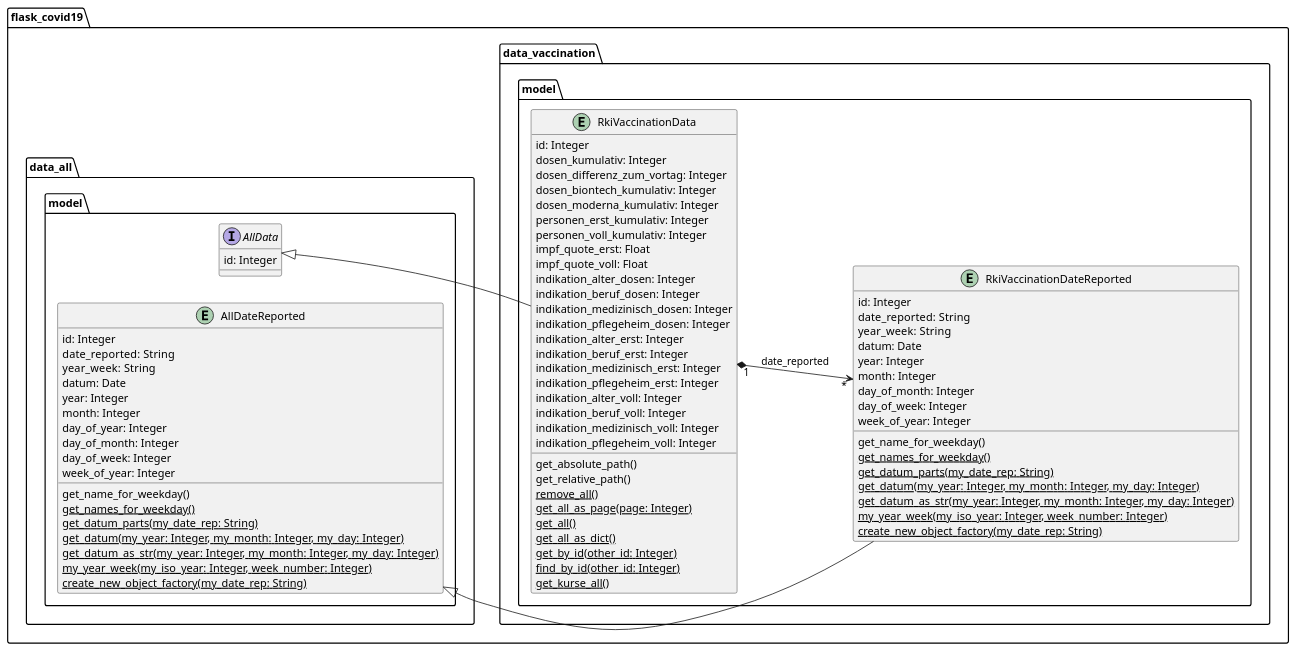
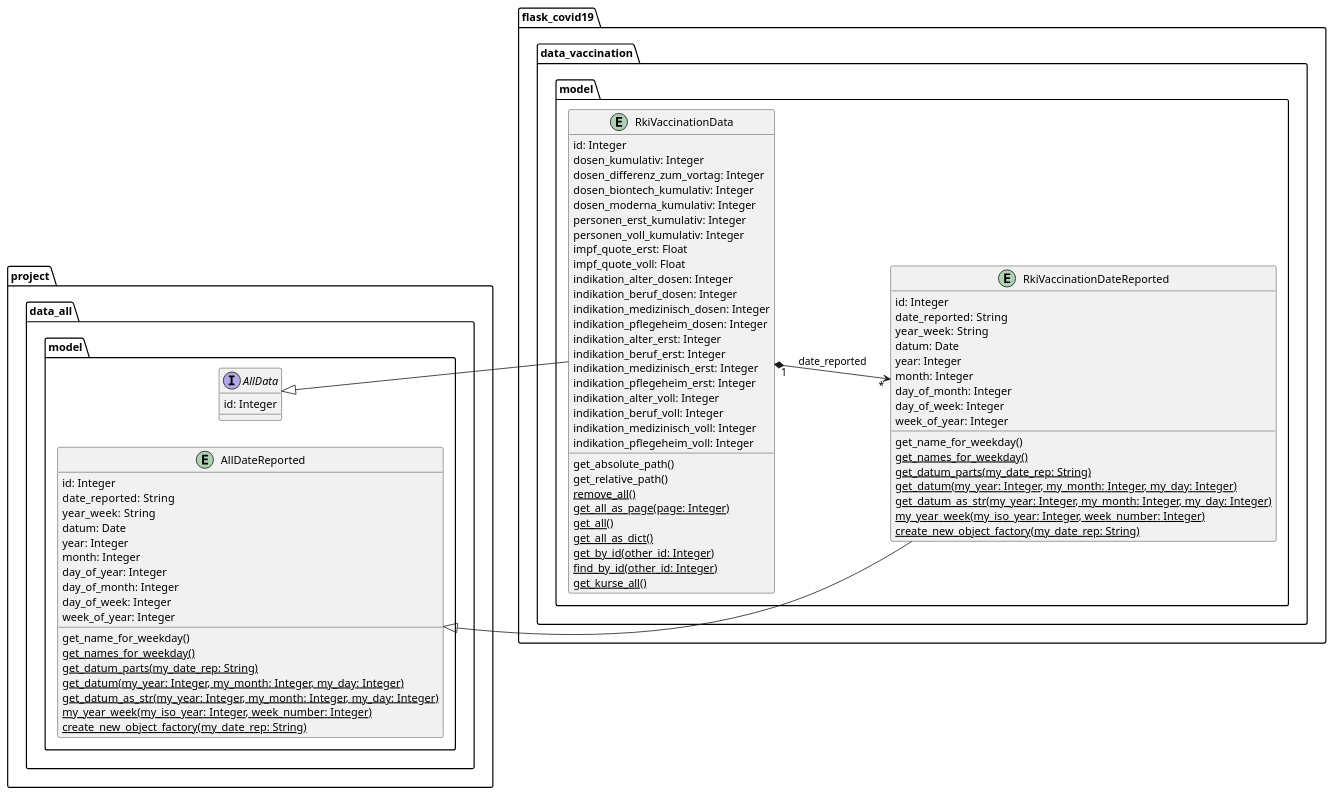
One commit to thomaswoehlke/flask_covid19 changed the diagram in docs/uml/data_vaccination/rki_vaccination_domain_model_star_schema.puml. Above: the diagram before and after it, drawn with PlantUML. The commit also changed 39 other files, not shown here.

```diff
--- a/docs/uml/data_vaccination/rki_vaccination_domain_model_star_schema.puml
+++ b/docs/uml/data_vaccination/rki_vaccination_domain_model_star_schema.puml
@@ -1,91 +1,91 @@
 @startuml
 left to right direction
 
-package flask_covid19.data_all.model {
+package project.data_all.model {
 
 	entity AllDateReported {
 	    id: Integer
 		date_reported:  String
 	    year_week:  String
 	    datum: Date
 	    year: Integer
 	    month: Integer
 		day_of_year: Integer
 	    day_of_month: Integer
 	    day_of_week: Integer
 	    week_of_year: Integer
 		get_name_for_weekday()
 		{classifier} get_names_for_weekday()
 		{classifier} get_datum_parts(my_date_rep: String)
 		{classifier} get_datum(my_year: Integer, my_month: Integer, my_day: Integer)
 		{classifier} get_datum_as_str(my_year: Integer, my_month: Integer, my_day: Integer)
 		{classifier} my_year_week(my_iso_year: Integer, week_number: Integer)
 		{classifier} create_new_object_factory(my_date_rep: String)
 	}
 
 	interface AllData {
 	    id: Integer
 	}
 }
 
 package flask_covid19.data_vaccination.model {
 
 	entity RkiVaccinationDateReported {
 	    id: Integer
 		date_reported:  String
 	    year_week:  String
 	    datum: Date
 	    year: Integer
 	    month: Integer
 	    day_of_month: Integer
 	    day_of_week: Integer
 	    week_of_year: Integer
 		get_name_for_weekday()
 		{classifier} get_names_for_weekday()
 		{classifier} get_datum_parts(my_date_rep: String)
 		{classifier} get_datum(my_year: Integer, my_month: Integer, my_day: Integer)
 		{classifier} get_datum_as_str(my_year: Integer, my_month: Integer, my_day: Integer)
 		{classifier} my_year_week(my_iso_year: Integer, week_number: Integer)
 		{classifier} create_new_object_factory(my_date_rep: String)
 	}
 
 	entity RkiVaccinationData {
 	    id: Integer
 	    dosen_kumulativ: Integer
 	    dosen_differenz_zum_vortag: Integer
 	    dosen_biontech_kumulativ: Integer
 	    dosen_moderna_kumulativ: Integer
 	    personen_erst_kumulativ: Integer
 	    personen_voll_kumulativ: Integer
 	    impf_quote_erst: Float
 	    impf_quote_voll: Float
 	    indikation_alter_dosen: Integer
 	    indikation_beruf_dosen: Integer
 	    indikation_medizinisch_dosen: Integer
 	    indikation_pflegeheim_dosen: Integer
 	    indikation_alter_erst: Integer
 	    indikation_beruf_erst: Integer
 	    indikation_medizinisch_erst: Integer
 	    indikation_pflegeheim_erst: Integer
 	    indikation_alter_voll: Integer
 	    indikation_beruf_voll: Integer
 	    indikation_medizinisch_voll: Integer
 	    indikation_pflegeheim_voll: Integer
 	    get_absolute_path()
 	    get_relative_path()
 	    {classifier} remove_all()
 	    {classifier} get_all_as_page(page: Integer)
 	    {classifier} get_all()
 	    {classifier} get_all_as_dict()
 	    {classifier} get_by_id(other_id: Integer)
 	    {classifier} find_by_id(other_id: Integer)
 	    {classifier} get_kurse_all()
 	}
 }
 
 AllDateReported <|-- RkiVaccinationDateReported
 AllData <|-- RkiVaccinationData
 
 RkiVaccinationData "1" *--> "*" RkiVaccinationDateReported : date_reported
 
 @enduml
```
